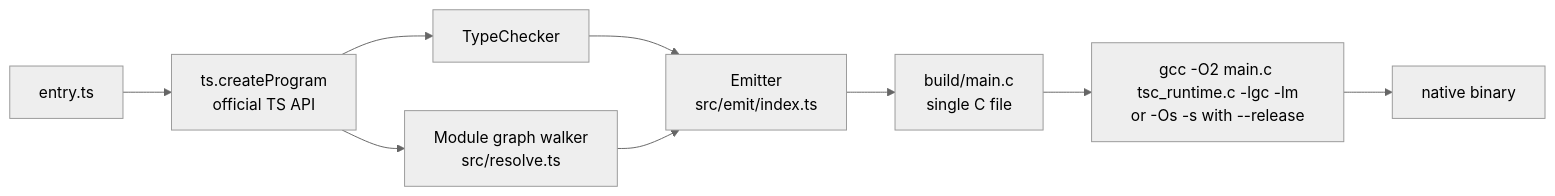
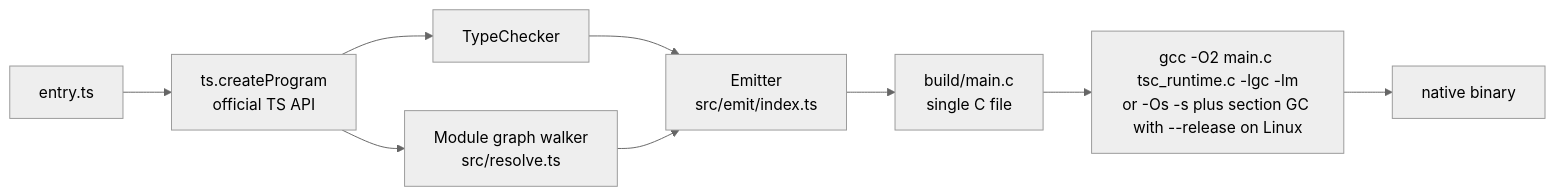
One commit to adamdroberts/TypeScriptCTranspiler changed the first of 7 diagrams in docs/architecture.md. Above: the diagram before and after it, drawn with Mermaid (neutral theme). The commit also changed 6 other files, not shown here.

````diff
--- a/docs/architecture.md
+++ b/docs/architecture.md
@@ -7,12 +7,12 @@
 ```mermaid
 flowchart LR
     A[entry.ts]
     A --> B[ts.createProgram<br/>official TS API]
     B --> C[TypeChecker]
     B --> D[Module graph walker<br/>src/resolve.ts]
     C --> E
     D --> E[Emitter<br/>src/emit/index.ts]
     E --> F[build/main.c<br/>single C file]
-    F --> G[gcc -O2 main.c tsc_runtime.c -lgc -lm<br/>or -Os -s with --release]
+    F --> G[gcc -O2 main.c tsc_runtime.c -lgc -lm<br/>or -Os -s plus section GC with --release on Linux]
     G --> H[native binary]
 ```
````
